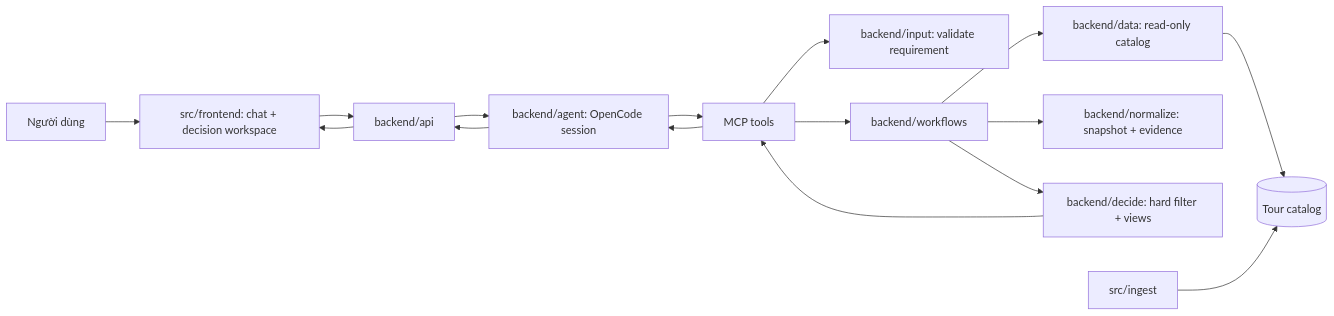
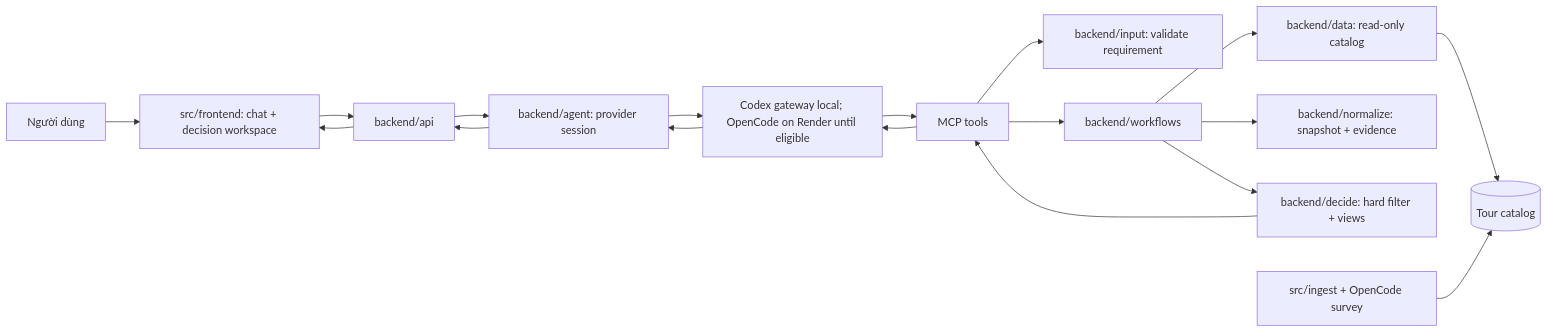
One commit to graviton711/HCMUS-x-HCMUT---TMA changed the diagram in docs/system-architecture.md. Above: the diagram before and after it, drawn with Mermaid. The commit also changed other lines of this file and 36 other files, not shown here.

````diff
--- a/docs/system-architecture.md
+++ b/docs/system-architecture.md
@@ -5,18 +5,20 @@
 ```mermaid
 flowchart LR
     User[Người dùng] --> UI[src/frontend: chat + decision workspace]
     UI --> API[backend/api]
-    API --> Agent[backend/agent: OpenCode session]
-    Agent --> MCP[MCP tools]
+    API --> Agent[backend/agent: provider session]
+    Agent --> Gateway[Codex gateway local; OpenCode on Render until eligible]
+    Gateway --> MCP[MCP tools]
     MCP --> Input[backend/input: validate requirement]
     MCP --> Workflow[backend/workflows]
     Workflow --> Data[backend/data: read-only catalog]
     Workflow --> Normalize[backend/normalize: snapshot + evidence]
     Workflow --> Decide[backend/decide: hard filter + views]
     Decide --> MCP
-    MCP --> Agent
+    MCP --> Gateway
+    Gateway --> Agent
     Agent --> API
     API --> UI
-    Ingest[src/ingest] --> Catalog[(Tour catalog)]
+    Ingest[src/ingest + OpenCode survey] --> Catalog[(Tour catalog)]
     Data --> Catalog
 ```
````
